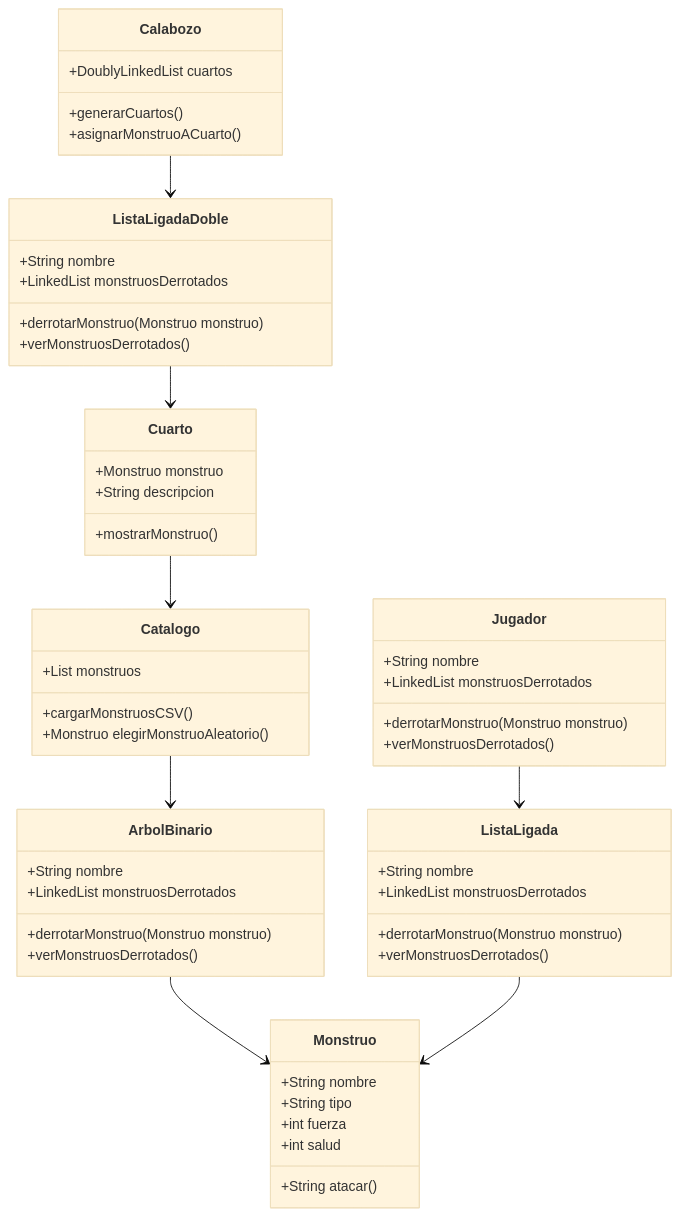
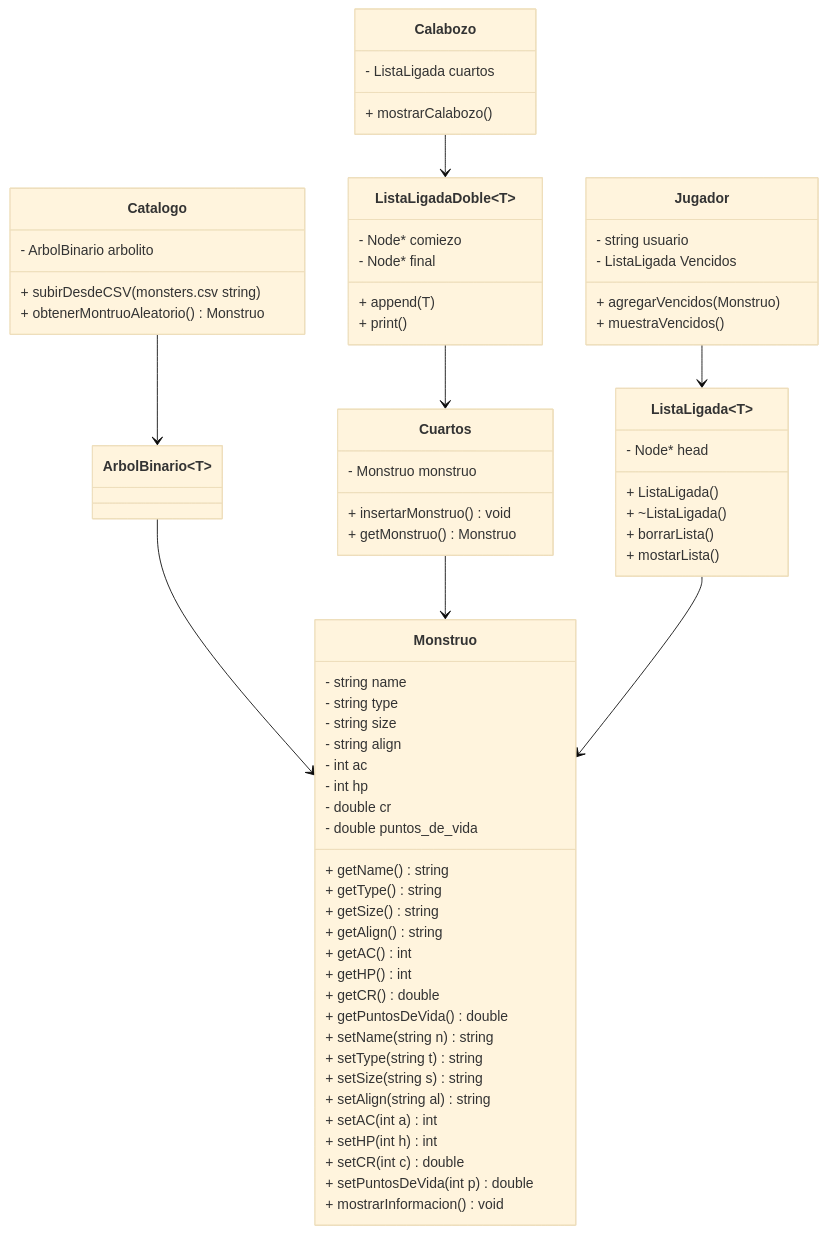
The diagram in README.md (Marbe-Barba/Proyecto_Final), drawn with Mermaid (base theme) before and after one commit.

Commit message:
Cambios en las ListasLigadas

````diff
--- a/README.md
+++ b/README.md
@@ -7,61 +7,86 @@
 ```mermaid
 classDiagram
-  class Monstruo {
-    +String nombre
-    +String tipo
-    +int fuerza
-    +int salud
-    +String atacar()
-  }
-  class Catalogo {
-    +List<Monstruo> monstruos
-    +cargarMonstruosCSV()
-    +Monstruo elegirMonstruoAleatorio()
-  }
-  class Calabozo {
-    +DoublyLinkedList<Cuarto> cuartos
-    +generarCuartos()
-    +asignarMonstruoACuarto()
-  }
-  class Cuarto {
-    +Monstruo monstruo
-    +String descripcion
-    +mostrarMonstruo()
-  }
-  class Jugador {
-    +String nombre
-    +LinkedList<Monstruo> monstruosDerrotados
-    +derrotarMonstruo(Monstruo monstruo)
-    +verMonstruosDerrotados()
-  }
+class Monstruo {
+  - string name
+  - string type
+  - string size
+  - string align
+  - int ac
+  - int hp
+  - double cr
+  - double puntos_de_vida
+  + getName() string
+  + getType() string
+  + getSize() string
+  + getAlign() string
+  + getAC() int
+  + getHP() int
+  + getCR() double
+  + getPuntosDeVida() double
+  + setName(string n) string
+  + setType(string t) string
+  + setSize(string s) string
+  + setAlign(string al) string
+  + setAC(int a) int
+  + setHP(int h) int
+  + setCR(int c) double
+  + setPuntosDeVida (int p) double
+  + mostrarInformacion() void
+}
 
-  class ArbolBinario{
-    +String nombre
-    +LinkedList<Monstruo> monstruosDerrotados
-    +derrotarMonstruo(Monstruo monstruo)
-    +verMonstruosDerrotados()
-  }
-    
-  class ListaLigada {
-      +String nombre
-      +LinkedList<Monstruo> monstruosDerrotados
-      +derrotarMonstruo(Monstruo monstruo)
-      +verMonstruosDerrotados()
-  }
+class Catalogo {
+  - ArbolBinario<Monstruo> arbolito
+  + subirDesdeCSV(monsters.csv string)
+  + obtenerMontruoAleatorio() Monstruo
+}
 
-  class ListaLigadaDoble {
-    +String nombre
-    +LinkedList<Monstruo> monstruosDerrotados
-    +derrotarMonstruo(Monstruo monstruo)
-    +verMonstruosDerrotados()
-  }
+class Cuartos {
+  - Monstruo monstruo
+  + insertarMonstruo() void
+  + getMonstruo() Monstruo
+}
 
-    
-  Calabozo --> ListaLigadaDoble
-  ListaLigadaDoble --> Cuarto
-  Catalogo --> ArbolBinario
-  Cuarto --> Catalogo
-  ArbolBinario --> Monstruo
-  Jugador --> ListaLigada
-  ListaLigada --> Monstruo
+class Calabozo {
+  - ListaLigada<Cuartos> cuartos
+  + mostrarCalabozo()
+
+}
+
+class Jugador {
+  - string usuario
+  - ListaLigada<Monstruo> Vencidos
+  + agregarVencidos (Monstruo)
+  + muestraVencidos()
+}
+
+
+class ArbolBinario~T~ {
+
+}
+
+class ListaLigadaDoble~T~ {
+  - Node* comiezo
+  - Node* final
+  + append(T)
+  + print()
+}
+
+class ListaLigada~T~ {
+  - Node* head
+  + ListaLigada()
+  + ~ListaLigada()
+  + borrarLista()
+  + mostarLista()
+}
+
+
+Catalogo --> ArbolBinario~Monstruo~
+ArbolBinario~Monstruo~ --> Monstruo
+
+Cuartos --> Monstruo
+Calabozo --> ListaLigadaDoble~Cuartos~
+ListaLigadaDoble~Cuartos~ --> Cuartos
+
+Jugador --> ListaLigada~Monstruo~
+ListaLigada~Monstruo~ --> Monstruo
 ```
````
